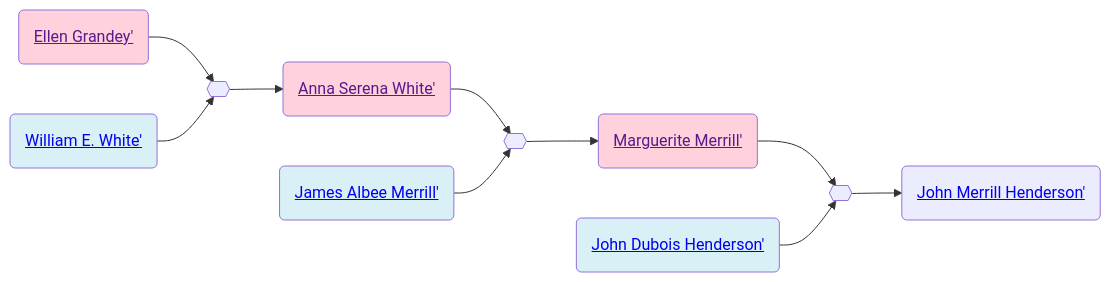
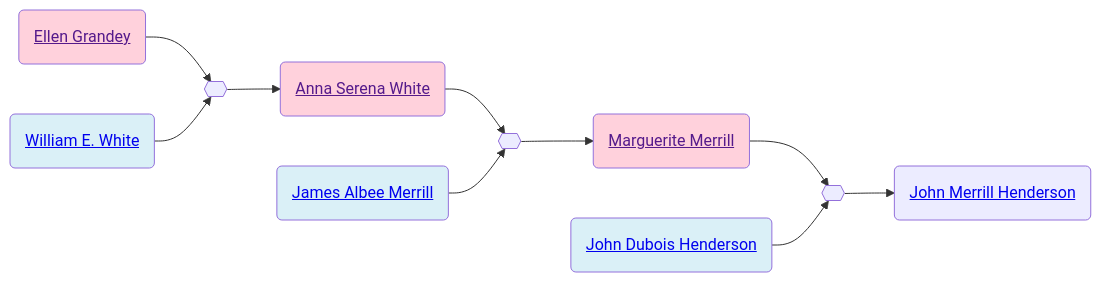
The second of 2 diagrams in familyhistory/sources/people/Merrill-line/Grandey-line/Ellen_Grandey.qmd (neelsmith/avocational), drawn with Mermaid before and after one commit. The commit also changed other lines of this file and 96 other files, not shown here.

````diff
--- a/familyhistory/sources/people/Merrill-line/Grandey-line/Ellen_Grandey.qmd
+++ b/familyhistory/sources/people/Merrill-line/Grandey-line/Ellen_Grandey.qmd
@@ -43,26 +43,26 @@
 ```{mermaid}
 graph LR
 %% LR descendant diagram
 class Ellen_Grandey_and_William_E._White marriage
-Ellen_Grandey(<a href=''>Ellen Grandey'</>) --> Ellen_Grandey_and_William_E._White{{ }}
-William_E._White(<a href='./../White-line/William_E._White.html'>William E. White'</>) --> Ellen_Grandey_and_William_E._White{{ }}
+Ellen_Grandey(<a href=''>Ellen Grandey</a>) --> Ellen_Grandey_and_William_E._White{{ }}
+William_E._White(<a href='./../White-line/William_E._White.html'>William E. White</a>) --> Ellen_Grandey_and_William_E._White{{ }}
 class William_E._White father
 class Ellen_Grandey mother
-Ellen_Grandey_and_William_E._White{{ }} --> Anna_Serena_White(<a href='./../White-line/Anna_Serena_White.html'>Anna Serena White'</>)
+Ellen_Grandey_and_William_E._White{{ }} --> Anna_Serena_White(<a href='./../White-line/Anna_Serena_White.html'>Anna Serena White</a>)
 class Anna_Serena_White_and_James_Albee_Merrill marriage
-Anna_Serena_White(<a href=''>Anna Serena White'</>) --> Anna_Serena_White_and_James_Albee_Merrill{{ }}
-James_Albee_Merrill(<a href='./../James_Albee_Merrill.html'>James Albee Merrill'</>) --> Anna_Serena_White_and_James_Albee_Merrill{{ }}
+Anna_Serena_White(<a href=''>Anna Serena White</a>) --> Anna_Serena_White_and_James_Albee_Merrill{{ }}
+James_Albee_Merrill(<a href='./../James_Albee_Merrill.html'>James Albee Merrill</a>) --> Anna_Serena_White_and_James_Albee_Merrill{{ }}
 class James_Albee_Merrill father
 class Anna_Serena_White mother
-Anna_Serena_White_and_James_Albee_Merrill{{ }} --> Marguerite_Merrill(<a href='./../Marguerite_Merrill.html'>Marguerite Merrill'</>)
+Anna_Serena_White_and_James_Albee_Merrill{{ }} --> Marguerite_Merrill(<a href='./../Marguerite_Merrill.html'>Marguerite Merrill</a>)
 class Marguerite_Merrill_and_John_Dubois_Henderson marriage
-Marguerite_Merrill(<a href=''>Marguerite Merrill'</>) --> Marguerite_Merrill_and_John_Dubois_Henderson{{ }}
-John_Dubois_Henderson(<a href='./../Henderson-line/John_Dubois_Henderson.html'>John Dubois Henderson'</>) --> Marguerite_Merrill_and_John_Dubois_Henderson{{ }}
+Marguerite_Merrill(<a href=''>Marguerite Merrill</a>) --> Marguerite_Merrill_and_John_Dubois_Henderson{{ }}
+John_Dubois_Henderson(<a href='./../Henderson-line/John_Dubois_Henderson.html'>John Dubois Henderson</a>) --> Marguerite_Merrill_and_John_Dubois_Henderson{{ }}
 class John_Dubois_Henderson father
 class Marguerite_Merrill mother
-Marguerite_Merrill_and_John_Dubois_Henderson{{ }} --> John_Merrill_Henderson(<a href='./../Henderson-line/John_Merrill_Henderson.html'>John Merrill Henderson'</>)
+Marguerite_Merrill_and_John_Dubois_Henderson{{ }} --> John_Merrill_Henderson(<a href='./../Henderson-line/John_Merrill_Henderson.html'>John Merrill Henderson</a>)
 classDef mother fill:#ffd1dc
 classDef father fill:#daf0f7  
 classDef marriage fill:#ffffff
 
 ```
````
